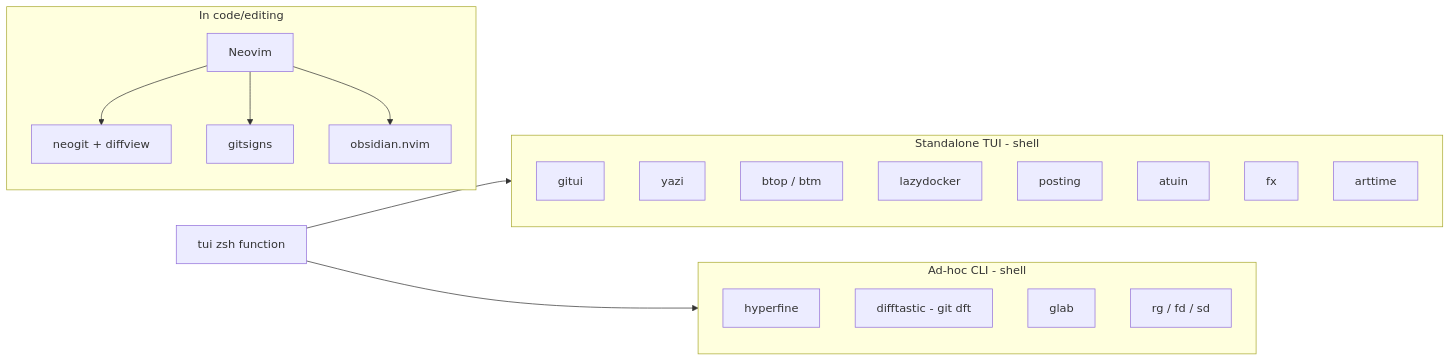
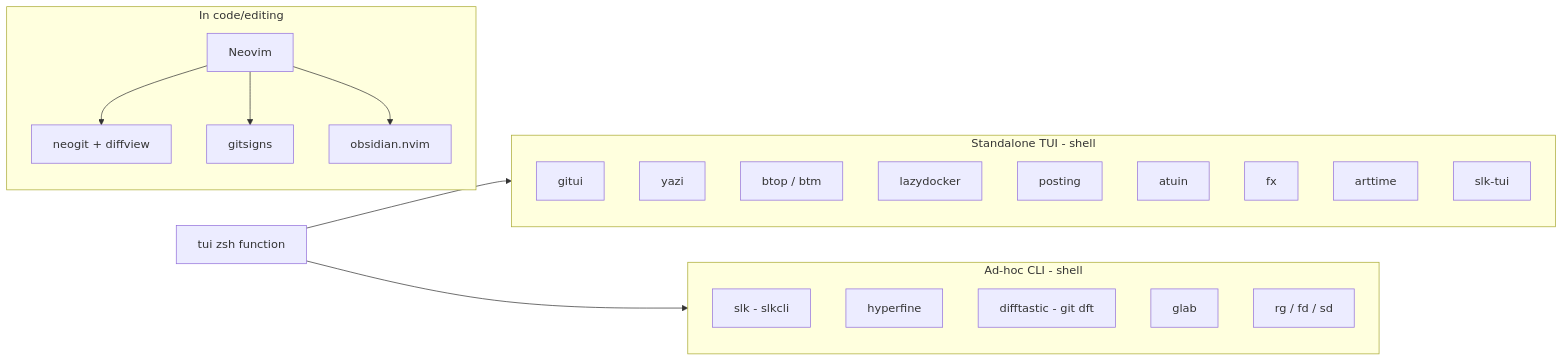
Before and after one commit to laublet/dotfiles: the diagram in cheatsheets/tui-guide.md, drawn with Mermaid. The commit also changed other lines of this file and 165 other files, not shown here.

````diff
--- a/cheatsheets/tui-guide.md
+++ b/cheatsheets/tui-guide.md
@@ -90,33 +107,35 @@
 ```mermaid
 flowchart LR
   subgraph code [In code/editing]
     nvim[Neovim]
     neogit[neogit + diffview]
     gitsigns[gitsigns]
     obsidian[obsidian.nvim]
     nvim --> neogit
     nvim --> gitsigns
     nvim --> obsidian
   end
 
   subgraph standalone [Standalone TUI - shell]
     gitui[gitui]
     yazi[yazi]
     btop[btop / btm]
     lazydocker[lazydocker]
     posting[posting]
     atuin[atuin]
     fx[fx]
     arttime[arttime]
+    slk_tui[slk-tui]
   end
 
   subgraph adhoc [Ad-hoc CLI - shell]
+    slk_cli[slk - slkcli]
     hyperfine[hyperfine]
     difft[difftastic - git dft]
     glab[glab]
     rg[rg / fd / sd]
   end
 
   launcher[tui zsh function] --> standalone
   launcher --> adhoc
 ```
````
